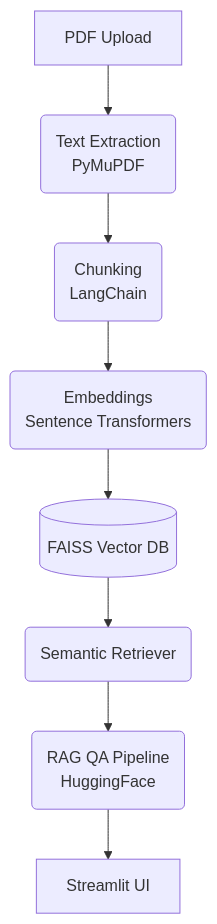
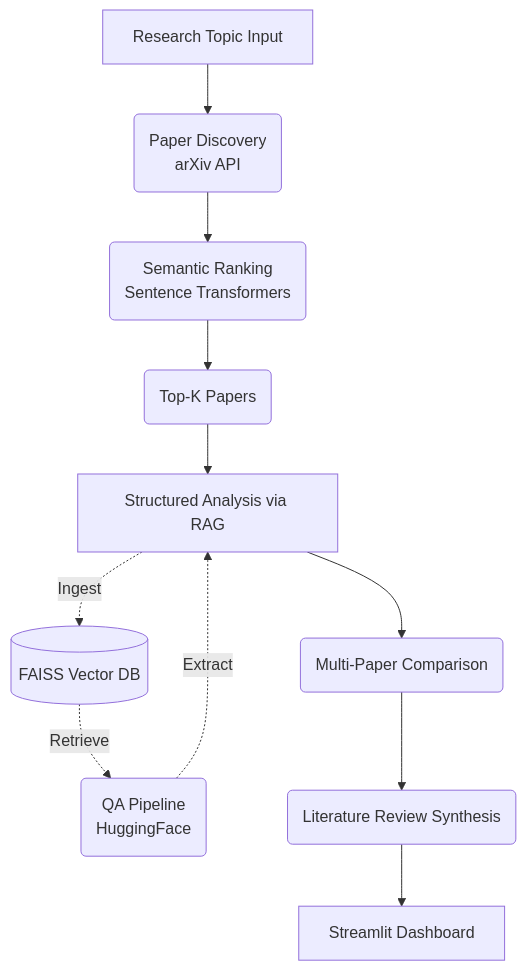
One commit to Shshank25/Research-Paper-Intelligence-Engine changed the diagram in README.md. Above: the diagram before and after it, drawn with Mermaid. The commit also changed other lines of this file and 21 other files, not shown here.

````diff
--- a/README.md
+++ b/README.md
@@ -44,10 +44,15 @@
 ```mermaid
 graph TD
-    A[PDF Upload] --> B(Text Extraction\nPyMuPDF)
-    B --> C(Chunking\nLangChain)
-    C --> D(Embeddings\nSentence Transformers)
-    D --> E[(FAISS Vector DB)]
-    E --> F(Semantic Retriever)
-    F --> G(RAG QA Pipeline\nHuggingFace)
-    G --> H[Streamlit UI]
+    A[Research Topic Input] --> B(Paper Discovery\narXiv API)
+    B --> C(Semantic Ranking\nSentence Transformers)
+    C --> D(Top-K Papers)
+    
+    D --> E[Structured Analysis via RAG]
+    E -.->|Ingest| F[(FAISS Vector DB)]
+    F -.->|Retrieve| G(QA Pipeline\nHuggingFace)
+    G -.->|Extract| E
+    
+    E --> H(Multi-Paper Comparison)
+    H --> I(Literature Review Synthesis)
+    I --> J[Streamlit Dashboard]
 ```
````
